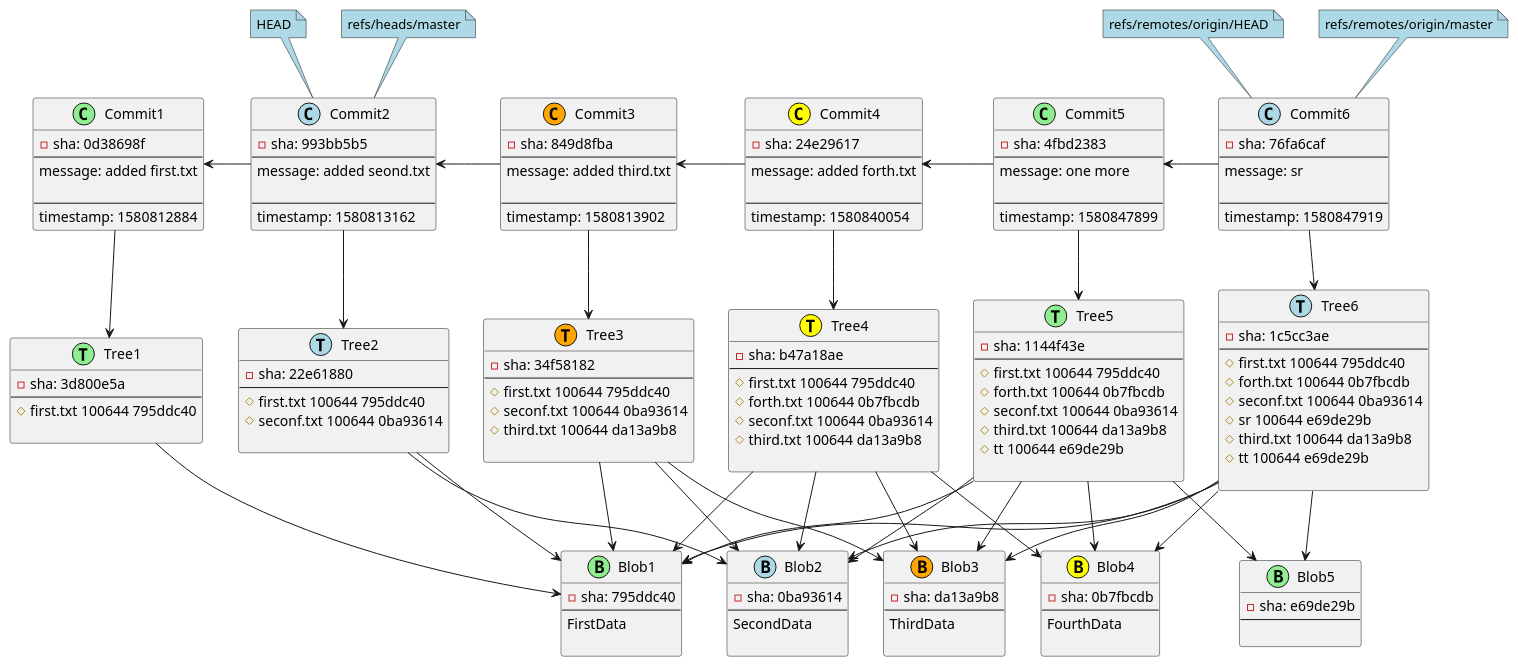
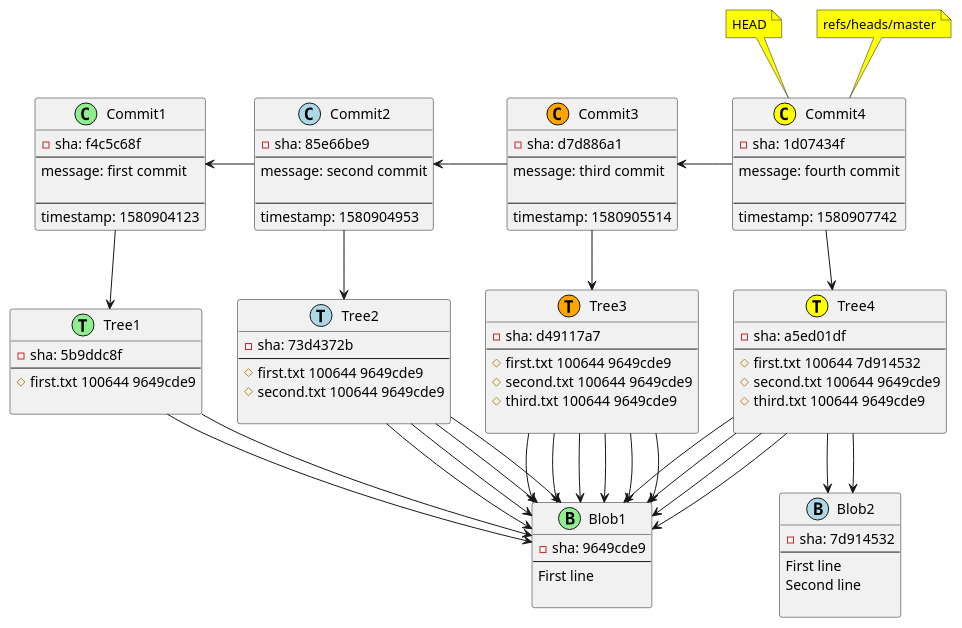
One commit to tsypuk/git2plantuml changed the diagram in src/main/resources/diagram.adoc. Above: the diagram before and after it, drawn with PlantUML. The commit also changed 5 other files, not shown here.

```diff
--- a/src/main/resources/diagram.adoc
+++ b/src/main/resources/diagram.adoc
@@ -1,166 +1,104 @@
-[plantuml, Git repository time snapshot322fe3a8-3e11-499e-ae31-61ddc93cf22f, png, title="Git repository snapshot: 6 commits, 6 trees, 5 blobs, 4 refs: HEAD, refs/heads/master, refs/remotes/origin/HEAD, refs/remotes/origin/master, ", width=1000, height=1000]
+[plantuml, c9e2881b-ef46-4c93-8dcc-eb7093007631, png, title="Git repository snapshot: 4 commits, 4 trees, 2 blobs, 2 refs: HEAD,refs/heads/master", width=1000, height=1000]
 ....
-class Commit6 <<(C,lightblue)>> {
--sha: 76fa6caf
+class Commit4 <<(C,yellow)>> {
+-sha: 1d07434f
 --
-message: sr
+message: fourth commit
 
 --
-timestamp: 1580847919
+timestamp: 1580907742
 }
-class Commit5 <<(C,lightgreen)>> {
--sha: 4fbd2383
+class Commit3 <<(C,orange)>> {
+-sha: d7d886a1
 --
-message: one more
+message: third commit
 
 --
-timestamp: 1580847899
+timestamp: 1580905514
 }
-class Commit4 <<(C,yellow)>> {
--sha: 24e29617
+class Commit2 <<(C,lightblue)>> {
+-sha: 85e66be9
 --
-message: added forth.txt
+message: second commit
 
 --
-timestamp: 1580840054
+timestamp: 1580904953
 }
-class Commit3 <<(C,orange)>> {
--sha: 849d8fba
+class Commit1 <<(C,lightgreen)>> {
+-sha: f4c5c68f
 --
-message: added third.txt
+message: first commit
 
 --
-timestamp: 1580813902
-}
-class Commit2 <<(C,lightblue)>> {
--sha: 993bb5b5
---
-message: added seond.txt
-
---
-timestamp: 1580813162
-}
-class Commit1 <<(C,lightgreen)>> {
--sha: 0d38698f
---
-message: added first.txt
-
---
-timestamp: 1580812884
-}
-class Tree6 <<(T,lightblue)>> {
--sha: 1c5cc3ae
---
-# first.txt 100644 795ddc40
-# forth.txt 100644 0b7fbcdb
-# seconf.txt 100644 0ba93614
-# sr 100644 e69de29b
-# third.txt 100644 da13a9b8
-# tt 100644 e69de29b
-
-}
-class Tree5 <<(T,lightgreen)>> {
--sha: 1144f43e
---
-# first.txt 100644 795ddc40
-# forth.txt 100644 0b7fbcdb
-# seconf.txt 100644 0ba93614
-# third.txt 100644 da13a9b8
-# tt 100644 e69de29b
-
+timestamp: 1580904123
 }
 class Tree4 <<(T,yellow)>> {
--sha: b47a18ae
+-sha: a5ed01df
 --
-# first.txt 100644 795ddc40
-# forth.txt 100644 0b7fbcdb
-# seconf.txt 100644 0ba93614
-# third.txt 100644 da13a9b8
+# first.txt 100644 7d914532
+# second.txt 100644 9649cde9
+# third.txt 100644 9649cde9
 
 }
 class Tree3 <<(T,orange)>> {
--sha: 34f58182
+-sha: d49117a7
 --
-# first.txt 100644 795ddc40
-# seconf.txt 100644 0ba93614
-# third.txt 100644 da13a9b8
+# first.txt 100644 9649cde9
+# second.txt 100644 9649cde9
+# third.txt 100644 9649cde9
 
 }
 class Tree2 <<(T,lightblue)>> {
--sha: 22e61880
+-sha: 73d4372b
 --
-# first.txt 100644 795ddc40
-# seconf.txt 100644 0ba93614
+# first.txt 100644 9649cde9
+# second.txt 100644 9649cde9
 
 }
 class Tree1 <<(T,lightgreen)>> {
--sha: 3d800e5a
+-sha: 5b9ddc8f
 --
-# first.txt 100644 795ddc40
-
-}
-class Blob4 <<(B,yellow)>> {
--sha: 0b7fbcdb
---
-FourthData
-
-}
-class Blob3 <<(B,orange)>> {
--sha: da13a9b8
---
-ThirdData
+# first.txt 100644 9649cde9
 
 }
 class Blob1 <<(B,lightgreen)>> {
--sha: 795ddc40
+-sha: 9649cde9
 --
-FirstData
+First line
 
 }
 class Blob2 <<(B,lightblue)>> {
--sha: 0ba93614
+-sha: 7d914532
 --
-SecondData
+First line
+Second line
 
 }
-class Blob5 <<(B,lightgreen)>> {
--sha: e69de29b
---
-
-}
-Commit6 --> Tree6
-Commit5 --> Tree5
 Commit4 --> Tree4
 Commit3 --> Tree3
 Commit2 --> Tree2
 Commit1 --> Tree1
-Tree6 --> Blob1
-Tree6 --> Blob4
-Tree6 --> Blob2
-Tree6 --> Blob5
-Tree6 --> Blob3
-Tree5 --> Blob1
-Tree5 --> Blob4
-Tree5 --> Blob2
-Tree5 --> Blob3
-Tree5 --> Blob5
+Tree4 --> Blob2
 Tree4 --> Blob1
-Tree4 --> Blob4
+Tree4 --> Blob1
 Tree4 --> Blob2
-Tree4 --> Blob3
+Tree4 --> Blob1
+Tree4 --> Blob1
 Tree3 --> Blob1
-Tree3 --> Blob2
-Tree3 --> Blob3
+Tree3 --> Blob1
+Tree3 --> Blob1
+Tree3 --> Blob1
+Tree3 --> Blob1
+Tree3 --> Blob1
 Tree2 --> Blob1
-Tree2 --> Blob2
+Tree2 --> Blob1
+Tree2 --> Blob1
+Tree2 --> Blob1
 Tree1 --> Blob1
-Commit6 -l-> Commit5
+Tree1 --> Blob1
+Commit2 -l-> Commit1
+Commit4 -l-> Commit3
 Commit3 -l-> Commit2
-Commit2 -l-> Commit1
-Commit5 -l-> Commit4
-Commit4 -l-> Commit3
-note top of Commit2 #lightblue : HEAD
-note top of Commit2 #lightblue : refs/heads/master
-note top of Commit6 #lightblue : refs/remotes/origin/HEAD
-note top of Commit6 #lightblue : refs/remotes/origin/master
+note top of Commit4 #yellow : HEAD
+note top of Commit4 #yellow : refs/heads/master
 ....
```
